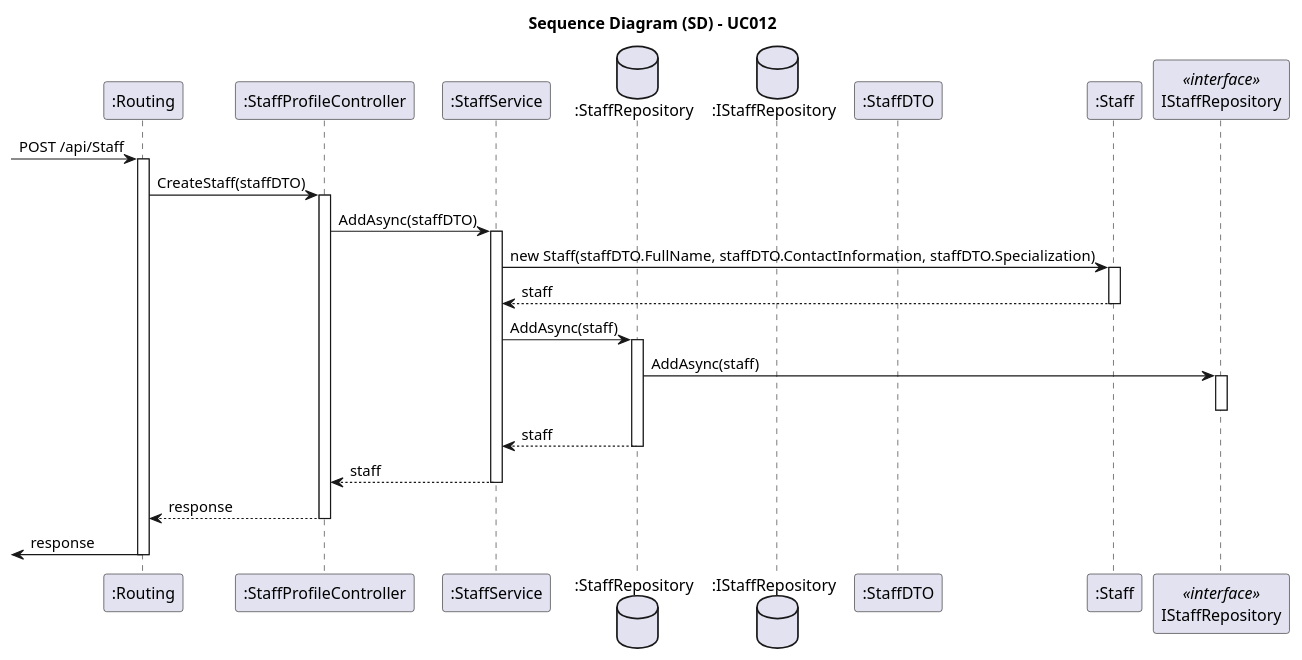
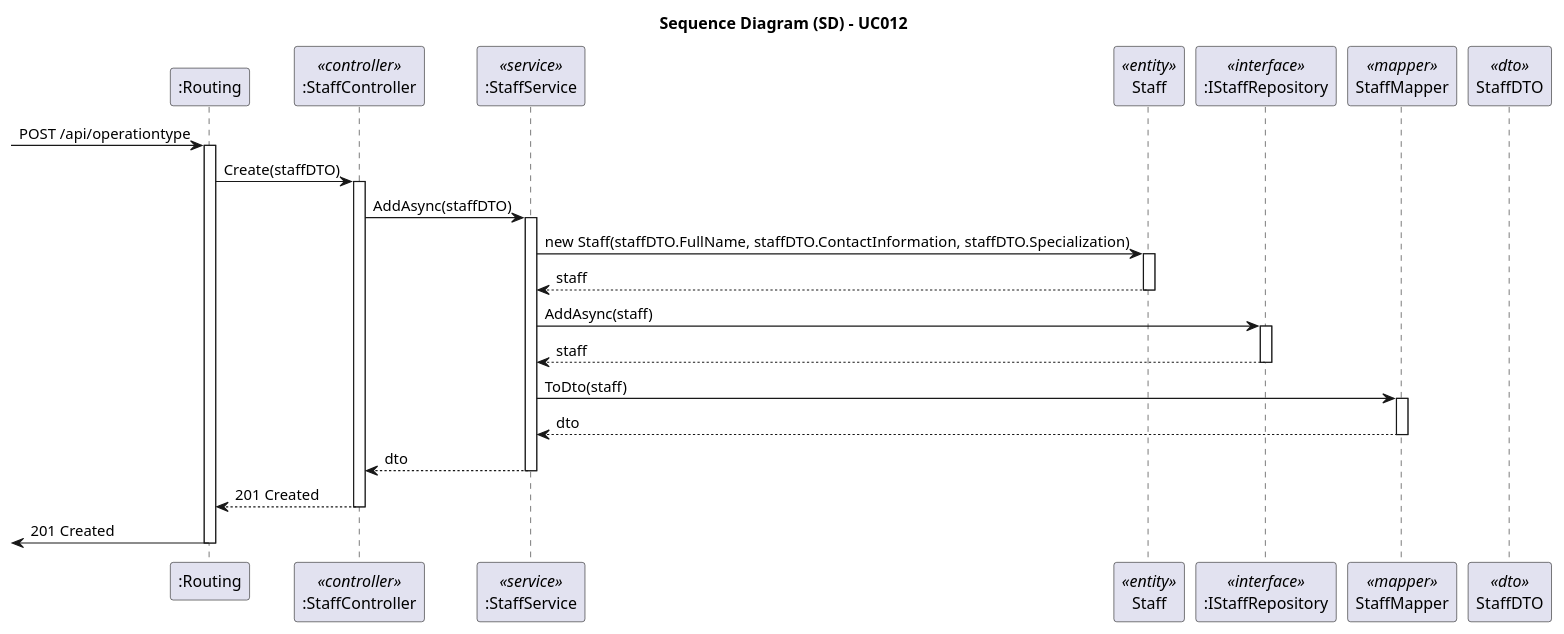
Before and after one commit to 1221124/sem5pi-24-25-g031: the diagram in docs/SprintA/UseCases/UC012/03.design/puml/uc012-sequence-diagram.puml, drawn with PlantUML. The commit also changed 2 other files, not shown here.

```diff
--- a/docs/SprintA/UseCases/UC012/03.design/puml/uc012-sequence-diagram.puml
+++ b/docs/SprintA/UseCases/UC012/03.design/puml/uc012-sequence-diagram.puml
@@ -1,52 +1,51 @@
 @startuml
 skinparam packageStyle rectangle
 skinparam shadowing false
 skinparam linetype polyline
 
 skinparam classAttributeIconSize 0
 
 title Sequence Diagram (SD) - UC012
 
 participant ":Routing" as Routing
-participant ":StaffProfileController" as Controller
-participant ":StaffService" as Service
-database ":StaffRepository" as Repository
-database ":IStaffRepository" as IRepository
-participant ":StaffDTO" as StaffDTO
-participant ":Staff" as Domain
-participant IStaffRepository as InterfaceStaffRepository <<interface>>
+participant ":StaffController" as Controller <<controller>>
+participant ":StaffService" as Service <<service>>
+participant "Staff" as Staff <<entity>>
+participant ":IStaffRepository" as IRepository <<interface>>
+participant "StaffMapper" as Mapper <<mapper>>
+participant "StaffDTO" as StaffDTO <<dto>>
 
--> Routing: POST /api/Staff
+-> Routing: POST /api/operationtype
 activate Routing
 
-Routing -> Controller: CreateStaff(staffDTO)
+Routing -> Controller: Create(staffDTO)
 activate Controller
 
     Controller -> Service: AddAsync(staffDTO)
     activate Service
 
-        Service -> Domain: new Staff(staffDTO.FullName, staffDTO.ContactInformation, staffDTO.Specialization)
-        activate Domain
-            Domain --> Service: staff
-        deactivate Domain
+        Service -> Staff: new Staff(staffDTO.FullName, staffDTO.ContactInformation, staffDTO.Specialization)
+        activate Staff
+            Staff --> Service: staff
+        deactivate Staff
 
-        Service -> Repository: AddAsync(staff)
-        activate Repository
+        Service -> IRepository: AddAsync(staff)
+        activate IRepository
+            IRepository --> Service: staff
+        deactivate IRepository
 
-            Repository -> InterfaceStaffRepository: AddAsync(staff)
-            activate InterfaceStaffRepository
-            deactivate InterfaceStaffRepository
+        Service -> Mapper: ToDto(staff) 
+        activate Mapper
+            Mapper --> Service: dto
+        deactivate Mapper
 
-        Repository --> Service: staff
-        deactivate Repository
-
-    Service --> Controller: staff
+        Service --> Controller: dto
     deactivate Service
 
-Controller --> Routing: response 
+Controller --> Routing: 201 Created 
 deactivate Controller
 
-<- Routing: response
+<- Routing: 201 Created
 deactivate Routing
 
 @enduml
```
